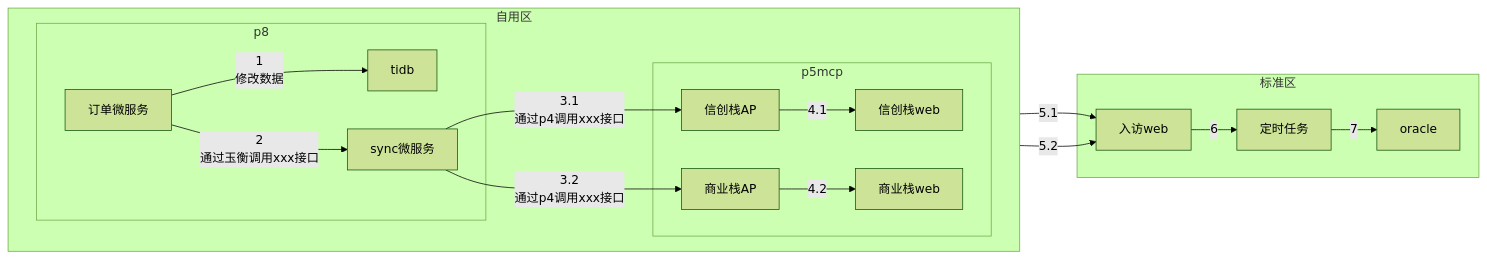
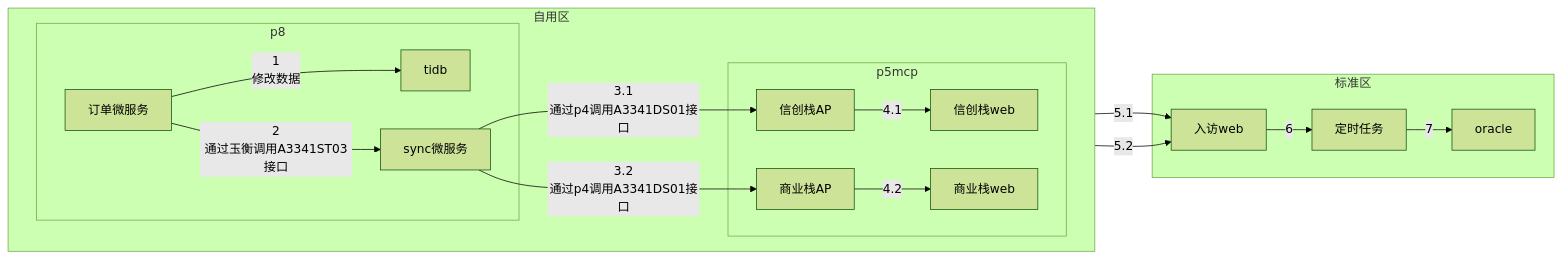
Before and after one commit to liyiye/C4-PlantUML: the fourth of 6 diagrams in 双写数据同步链路图.md, drawn with Mermaid (forest theme). The commit also changed other lines of this file and 5 other files, not shown here.

````diff
--- a/双写数据同步链路图.md
+++ b/双写数据同步链路图.md
@@ -118,36 +119,35 @@
 ```mermaid
 flowchart LR
     subgraph 标准区
-        
+
         cld_data_sync[定时任务]
         oracle
         入访web
     end
     subgraph 自用区
         direction LR
         subgraph p5mcp
             MCPDJ_WB[信创栈web]
             MCPDJ_AP[信创栈AP]
             MCPNH_WB[商业栈web]
             MCPNH_AP[商业栈AP]
         end
-        
+
         subgraph p8
             micro_order_service[订单微服务]
             nmcp_micro_sync[sync微服务]
             tidb
         end
     end
 
     micro_order_service-->| 1<br>修改数据|tidb
-    micro_order_service-->| 2<br>通过玉衡调用xxx接口|nmcp_micro_sync
-    nmcp_micro_sync-->|3.1<br>通过p4调用xxx接口|MCPDJ_AP
-    nmcp_micro_sync-->|3.2<br>通过p4调用xxx接口|MCPNH_AP
+    micro_order_service-->| 2<br>通过玉衡调用A3341ST03接口|nmcp_micro_sync
+    nmcp_micro_sync-->|3.1<br>通过p4调用A3341DS01接口|MCPDJ_AP
+    nmcp_micro_sync-->|3.2<br>通过p4调用A3341DS01接口|MCPNH_AP
     MCPDJ_AP-->|4.1|MCPDJ_WB
     MCPNH_AP-->|4.2|MCPNH_WB
     MCPDJ_WB-->|5.1|入访web
     MCPNH_WB-->|5.2|入访web
     入访web-->|6|cld_data_sync
     cld_data_sync-->|7|oracle
-    
 ```
````
